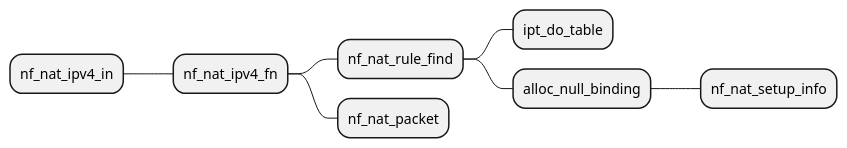
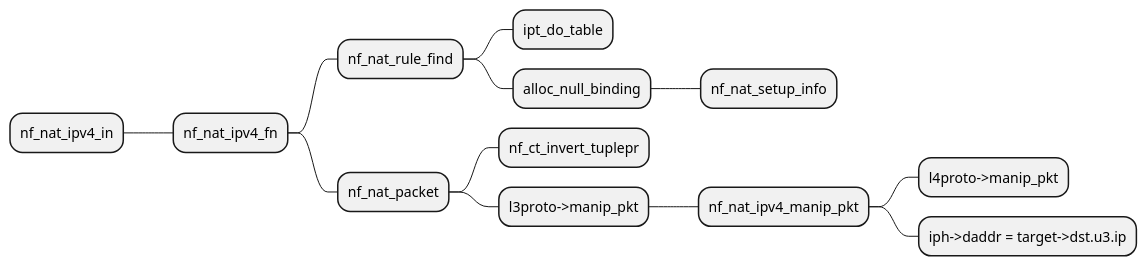
Before and after one commit to kangxiaoning/kangxiaoning.github.io: the fourth of 4 diagrams in docs/topics/linux-conntrack.md, drawn with PlantUML. The commit also changed other lines of this file, not shown here.

````diff
--- a/docs/topics/linux-conntrack.md
+++ b/docs/topics/linux-conntrack.md
@@ -680,11 +813,16 @@
 ```plantuml
   @startmindmap
   * nf_nat_ipv4_in
     * nf_nat_ipv4_fn
       * nf_nat_rule_find
         * ipt_do_table
         * alloc_null_binding
           * nf_nat_setup_info
       * nf_nat_packet
+        * nf_ct_invert_tuplepr
+        * l3proto->manip_pkt
+          * nf_nat_ipv4_manip_pkt
+            * l4proto->manip_pkt
+            * iph->daddr = target->dst.u3.ip
   @endmindmap
 ```
````
